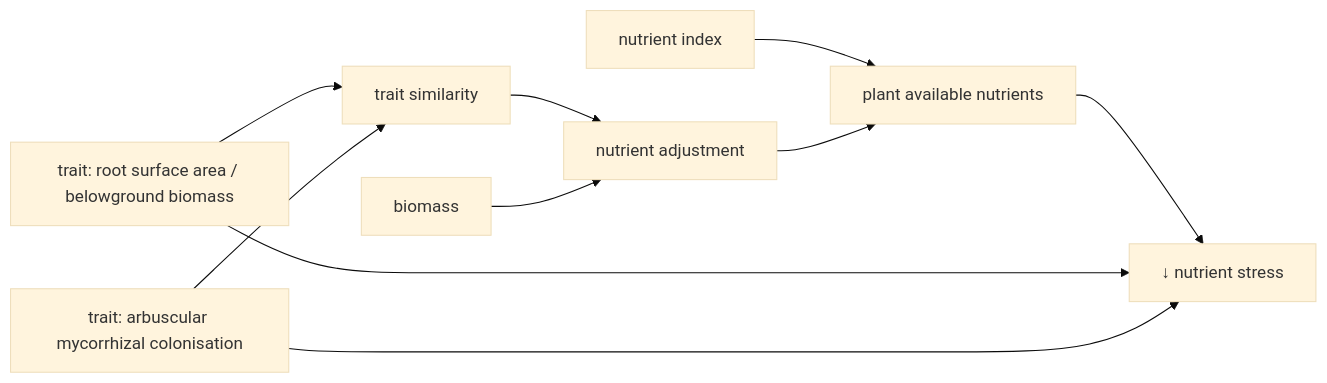
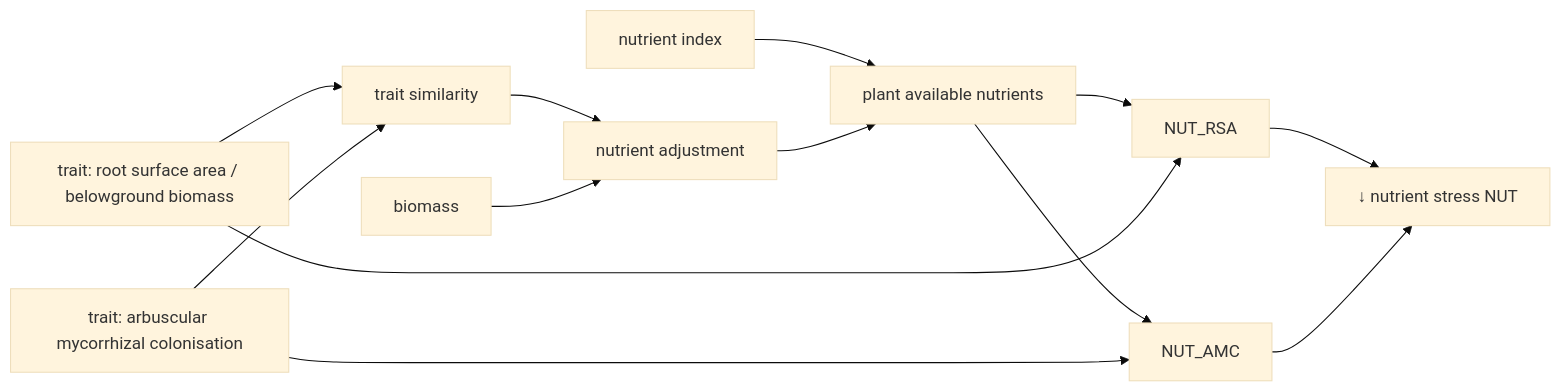
The diagram in docs/src/model/plant/growth_species_specific_nutrients.md (FelixNoessler/GrasslandTraitSim.jl), drawn with Mermaid (base theme) before and after one commit. The commit also changed other lines of this file and 17 other files, not shown here.

````diff
--- a/docs/src/model/plant/growth_species_specific_nutrients.md
+++ b/docs/src/model/plant/growth_species_specific_nutrients.md
@@ -20,21 +20,30 @@
 ```mermaid
 flowchart LR
-    S[↓ nutrient stress] 
+    S[↓ nutrient stress NUT] 
     N[nutrient index]
     R[trait: root surface area / belowground biomass]
     A[trait: arbuscular mycorrhizal colonisation]
+    P[NUT_AMC]
+    O[NUT_RSA]
     K[nutrient adjustment]
     L[plant available nutrients]
     B[biomass] 
     T[trait similarity]
     
     N --> L
     K --> L
-    L --> S
-    R --> S
+    L --> P
+    L --> O
+    R --> O
+    O --> S
     R --> T
-    A --> S
+    A --> P
+    P --> S
     A --> T
     T --> K
     B --> K
+
+click P "growth_species_specific_nutrients#Growth-reducers" "Go"
+click O "growth_species_specific_nutrients#Growth-reducers" "Go"
+click L "growth_species_specific_nutrients#Plant-available-nutrients" "Go"
 ```
````
